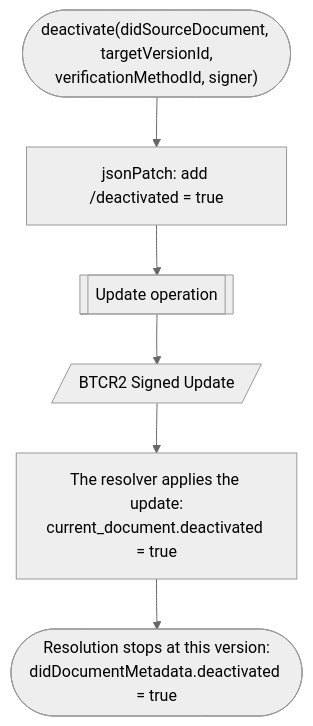
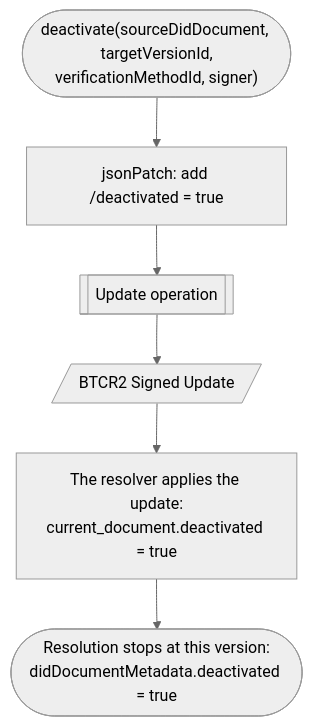
The sixth of 6 diagrams in src/content/docs/diagrams/update.md (dcdpr/website-btcr2-dev), drawn with Mermaid (neutral theme) before and after one commit. The commit also changed other lines of this file and 4 other files, not shown here.

First line of the commit message:
docs(diagrams): follow the spec changes to update and resolve

````diff
--- a/src/content/docs/diagrams/update.md
+++ b/src/content/docs/diagrams/update.md
@@ -126,11 +136,11 @@
 ```mermaid
 flowchart TD
-  Start(["deactivate(didSourceDocument, targetVersionId,<br/>verificationMethodId, signer)"])
+  Start(["deactivate(sourceDidDocument, targetVersionId,<br/>verificationMethodId, signer)"])
   Patch["jsonPatch: add /deactivated = true"]
   Update[["Update operation"]]
   Signed[/"BTCR2 Signed Update"/]
   Resolver["The resolver applies the update:<br/>current_document.deactivated = true"]
   Stop(["Resolution stops at this version:<br/>didDocumentMetadata.deactivated = true"])
 
   Start --> Patch --> Update --> Signed --> Resolver --> Stop
 ```
````
